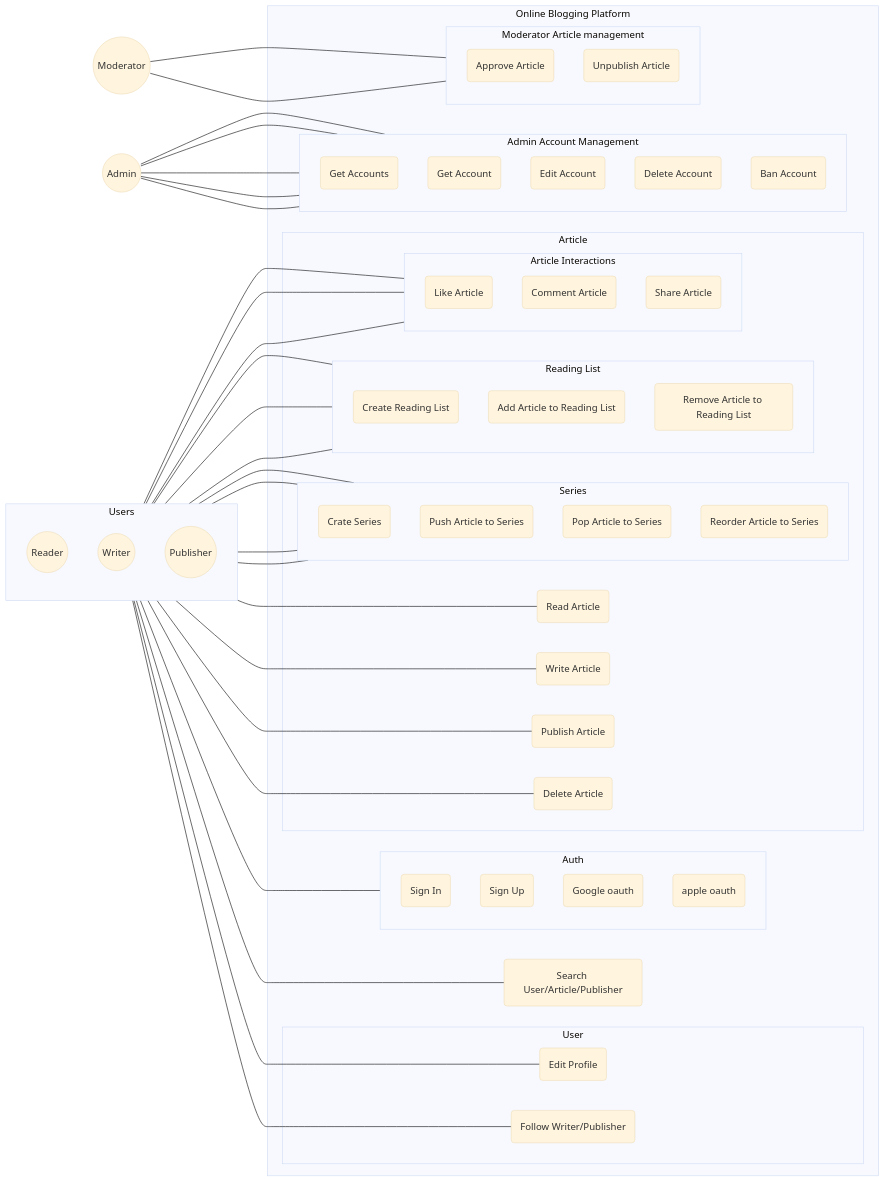
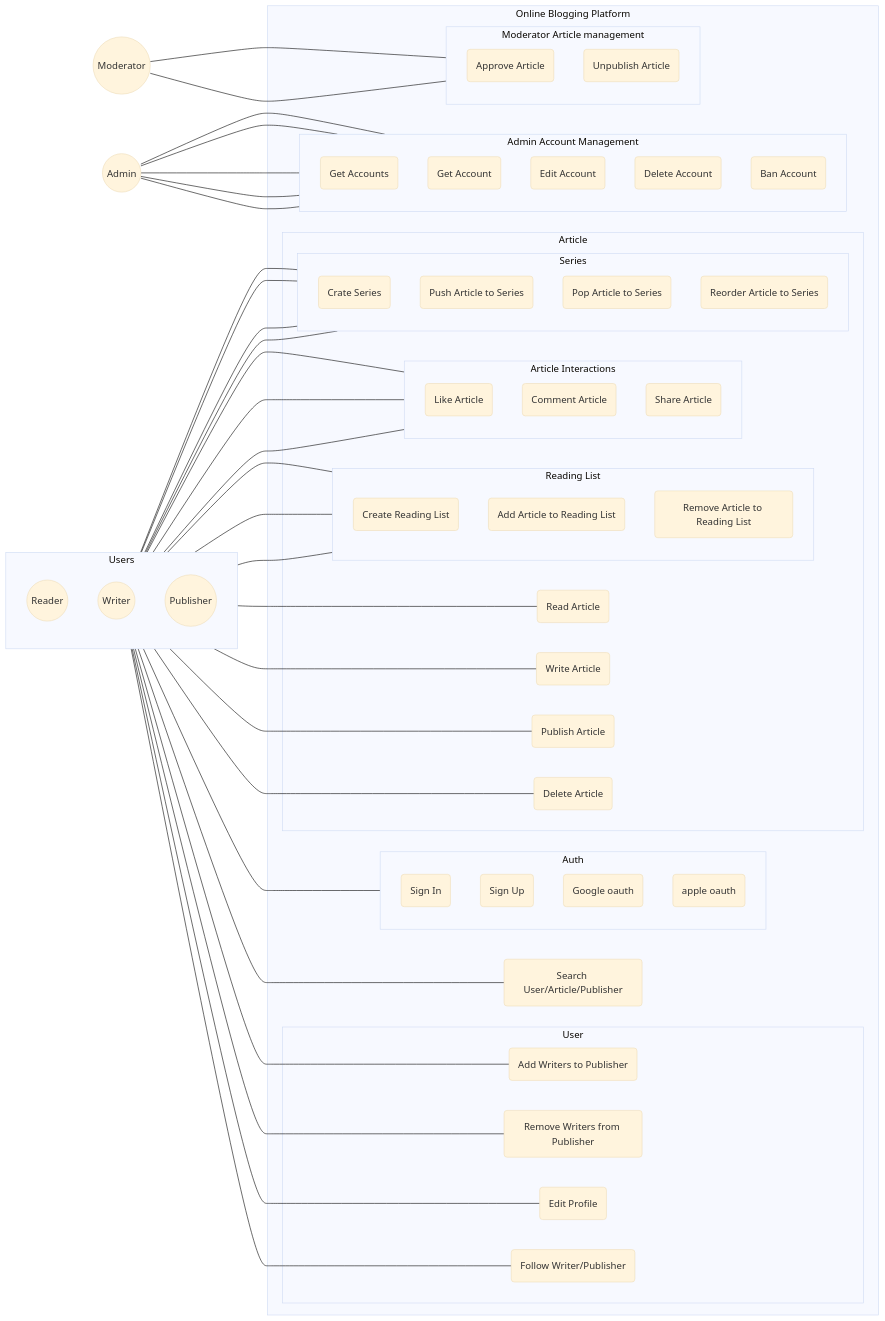
The first of 6 diagrams in Capstone/Diagrams.md (4ry1337/my-obsidian), drawn with Mermaid (base theme) before and after one commit.

Commit message:
vault backup: 2024-01-16 22:28:11

```diff
--- a/Capstone/Diagrams.md
+++ b/Capstone/Diagrams.md
@@ -22,23 +22,14 @@
 	search(Search User/Article/Publisher)
 
 	subgraph User
+		addWriters(Add Writers to Publisher)
+		removeWriters(Remove Writers from Publisher)
 		editProfile(Edit Profile)
 		follow(Follow Writer/Publisher)
 	end
 
 	subgraph Article
 		read(Read Article)
-		write(Write Article)
-		publish(Publish Article)
-		delete(Delete Article)
-		
-		subgraph Series
-			direction TB
-			creates(Crate Series)
-			pushs(Push Article to Series)
-			pops(Pop Article to Series)
-			reorders(Reorder Article to Series)
-		end
 		
 		subgraph Reading List
 			direction TB
@@ -52,6 +43,17 @@
 			like(Like Article)
 			comment(Comment Article)
 			share(Share Article)
+		end
+		
+		write(Write Article)
+		publish(Publish Article)
+		delete(Delete Article)
+		subgraph Series
+			direction TB
+			creates(Crate Series)
+			pushs(Push Article to Series)
+			pops(Pop Article to Series)
+			reorders(Reorder Article to Series)
 		end
 	end
 
@@ -75,6 +77,8 @@
 Users --- search
 Users --- editProfile
 
+p --- addWriters
+p --- removeWriters
 
 r --- read
 r --- follow
```
